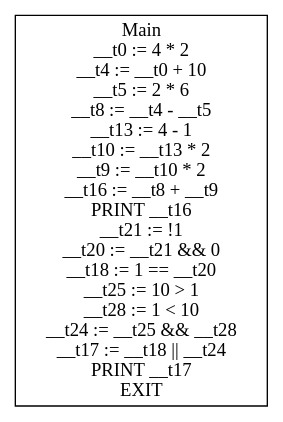
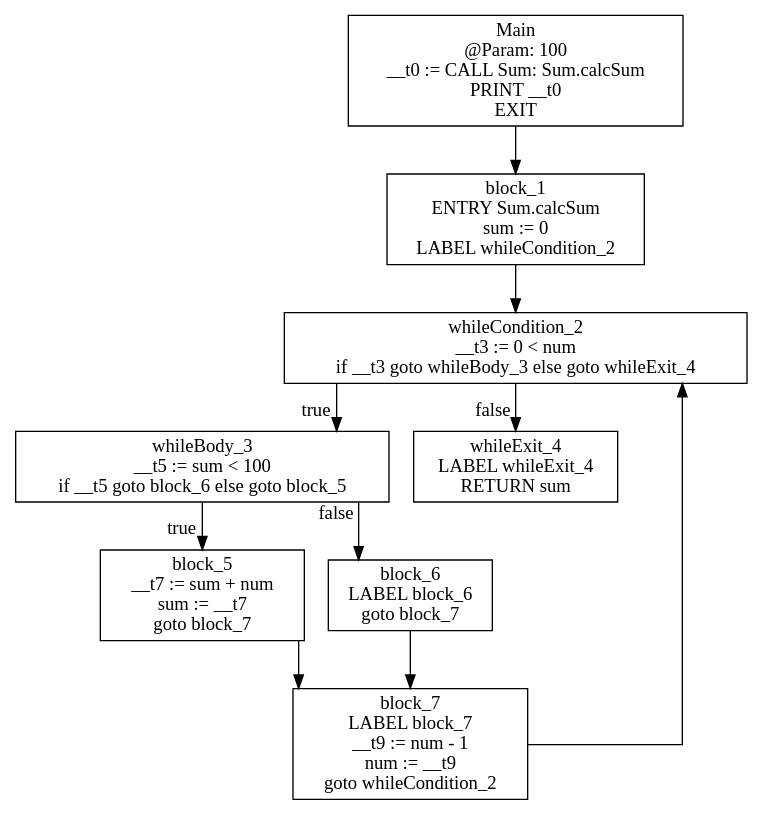
Before and after one commit to AIlhomov/Flex: the diagram in assignment_1/getting_started/cfg.dot, drawn with Graphviz. The commit also changed 7 other files, not shown here.

```diff
--- a/assignment_1/getting_started/cfg.dot
+++ b/assignment_1/getting_started/cfg.dot
@@ -1,5 +1,21 @@
 digraph CFG {
 graph [splines=ortho];
 node [shape=box];
-Main [label="Main\n__t0 := 4 * 2\n__t4 := __t0 + 10\n__t5 := 2 * 6\n__t8 := __t4 - __t5\n__t13 := 4 - 1\n__t10 := __t13 * 2\n__t9 := __t10 * 2\n__t16 := __t8 + __t9\nPRINT __t16\n__t21 := !1\n__t20 := __t21 && 0\n__t18 := 1 == __t20\n__t25 := 10 > 1\n__t28 := 1 < 10\n__t24 := __t25 && __t28\n__t17 := __t18 || __t24\nPRINT __t17\nEXIT\n"];
+Main -> block_1;
+Main [label="Main\n @Param: 100\n__t0 := CALL Sum: Sum.calcSum\nPRINT __t0\nEXIT\n"];
+block_1 -> whileCondition_2;
+block_1 [label="block_1\nENTRY Sum.calcSum\nsum := 0\nLABEL whileCondition_2\n"];
+whileCondition_2 -> whileBody_3 [xlabel="true"];
+whileCondition_2 -> whileExit_4 [xlabel="false"];
+whileCondition_2 [label="whileCondition_2\n__t3 := 0 < num\nif __t3 goto whileBody_3 else goto whileExit_4\n"];
+whileBody_3 -> block_5 [xlabel="true"];
+whileBody_3 -> block_6 [xlabel="false"];
+whileBody_3 [label="whileBody_3\n__t5 := sum < 100\nif __t5 goto block_6 else goto block_5\n"];
+whileExit_4 [label="whileExit_4\nLABEL whileExit_4\nRETURN sum\n"];
+block_5 -> block_7;
+block_5 [label="block_5\n__t7 := sum + num\nsum := __t7\ngoto block_7\n"];
+block_6 -> block_7;
+block_6 [label="block_6\nLABEL block_6\ngoto block_7\n"];
+block_7 -> whileCondition_2;
+block_7 [label="block_7\nLABEL block_7\n__t9 := num - 1\nnum := __t9\ngoto whileCondition_2\n"];
 }
```
